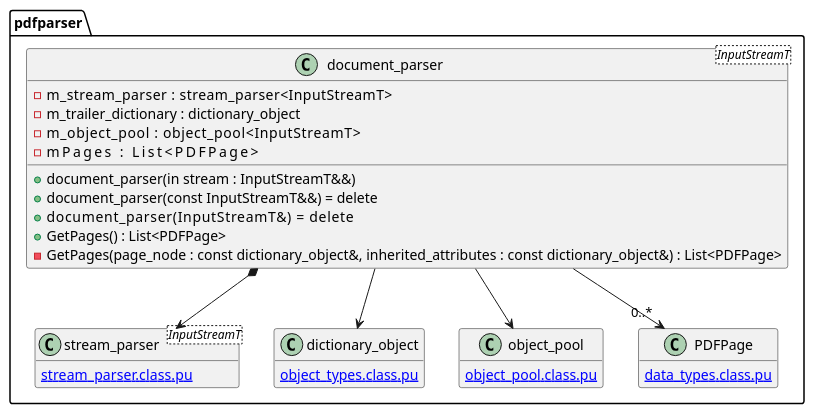
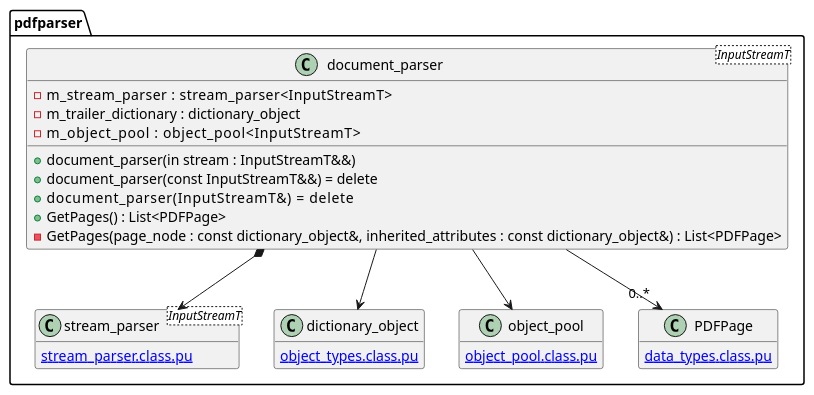
One commit to KodaiYM/PDFReader changed the diagram in document/document_parser.class.pu. Above: the diagram before and after it, drawn with PlantUML. The commit also changed 9 other files, not shown here.

```diff
--- a/document/document_parser.class.pu
+++ b/document/document_parser.class.pu
@@ -1,33 +1,32 @@
 @startuml document_parser
 hide empty members
 namespace pdfparser {
 class document_parser<InputStreamT> {
 	-m_stream_parser      : stream_parser<InputStreamT>
 	-m_trailer_dictionary : dictionary_object
 	-m_object_pool        : object_pool<InputStreamT>
-	-mPages               : List<PDFPage>
 
 	+document_parser(in stream : InputStreamT&&)
 	+document_parser(const InputStreamT&&) = delete
 	+document_parser(InputStreamT&)        = delete
 	+GetPages() : List<PDFPage>
 	-GetPages(page_node : const dictionary_object&, inherited_attributes : const dictionary_object&) : List<PDFPage>
 }
 document_parser *--> stream_parser
 document_parser --> dictionary_object 
 document_parser --> object_pool
 document_parser --> "0..*" PDFPage
 
 class stream_parser<InputStreamT> {
 	[[stream_parser.class.pu]]
 }
 class object_pool {
 	[[object_pool.class.pu]]
 }
 class dictionary_object {
 	[[object_types.class.pu]]
 }
 class PDFPage {
 	[[data_types.class.pu]]
 }
 @enduml
```
